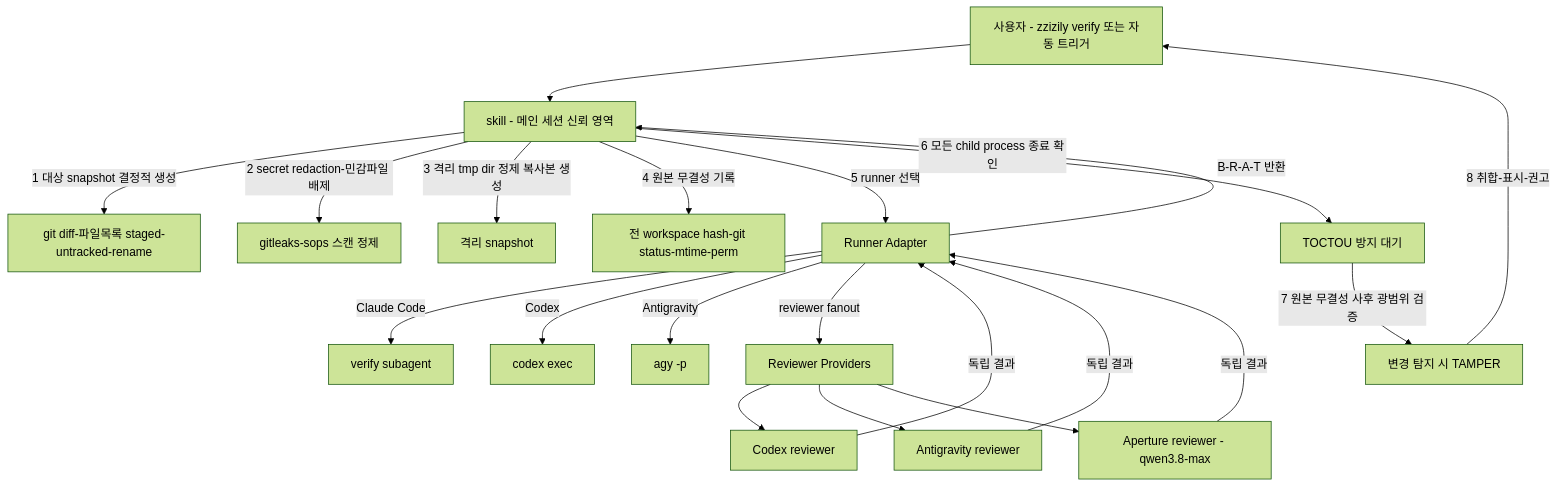
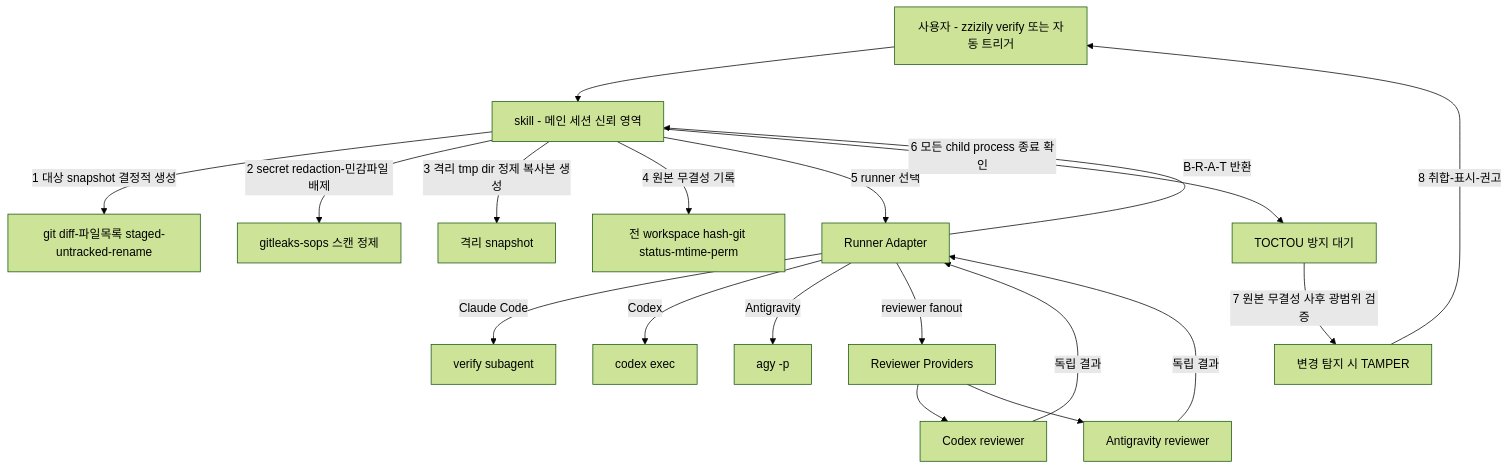
One commit to deuxksy/ai-agent-skill changed the diagram in plugins/review/skills/verify/SKILL.md. Above: the diagram before and after it, drawn with Mermaid (forest theme). The commit also changed other lines of this file and 7 other files, not shown here.

First line of the commit message:
feat(review): aperture reviewer 제거 — 2-Way 고정 · v2.1.0

````diff
--- a/plugins/review/skills/verify/SKILL.md
+++ b/plugins/review/skills/verify/SKILL.md
@@ -41,23 +35,21 @@
 ```mermaid
 graph TD
     U[사용자 - zzizily verify 또는 자동 트리거] --> SK[skill - 메인 세션 신뢰 영역]
     SK -->|1 대상 snapshot 결정적 생성| S1[git diff-파일목록 staged-untracked-rename]
     SK -->|2 secret redaction-민감파일 배제| S2[gitleaks-sops 스캔 정제]
     SK -->|3 격리 tmp dir 정제 복사본 생성| S3[격리 snapshot]
     SK -->|4 원본 무결성 기록| S4[전 workspace hash-git status-mtime-perm]
     SK -->|5 runner 선택| RN[Runner Adapter]
     RN -->|Claude Code| CC[verify subagent]
     RN -->|Codex| CX[codex exec]
     RN -->|Antigravity| AG[agy -p]
     RN -->|reviewer fanout| RV[Reviewer Providers]
     RV --> CXR[Codex reviewer]
     RV --> AGR[Antigravity reviewer]
-    RV --> AQW[Aperture reviewer - qwen3.8-max]
     CXR -->|독립 결과| RN
     AGR -->|독립 결과| RN
-    AQW -->|독립 결과| RN
     RN -->|B-R-A-T 반환| SK
     SK -->|6 모든 child process 종료 확인| W[TOCTOU 방지 대기]
     W -->|7 원본 무결성 사후 광범위 검증| S5[변경 탐지 시 TAMPER]
     S5 -->|8 취합-표시-권고| U
 ```
````
